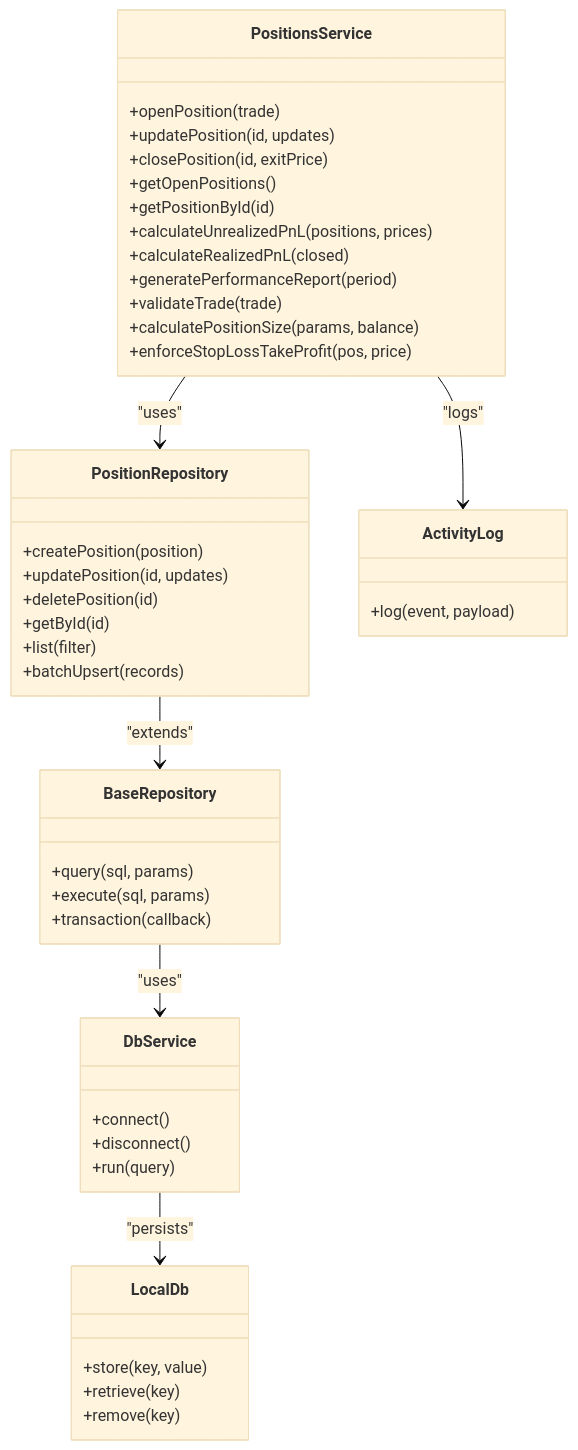
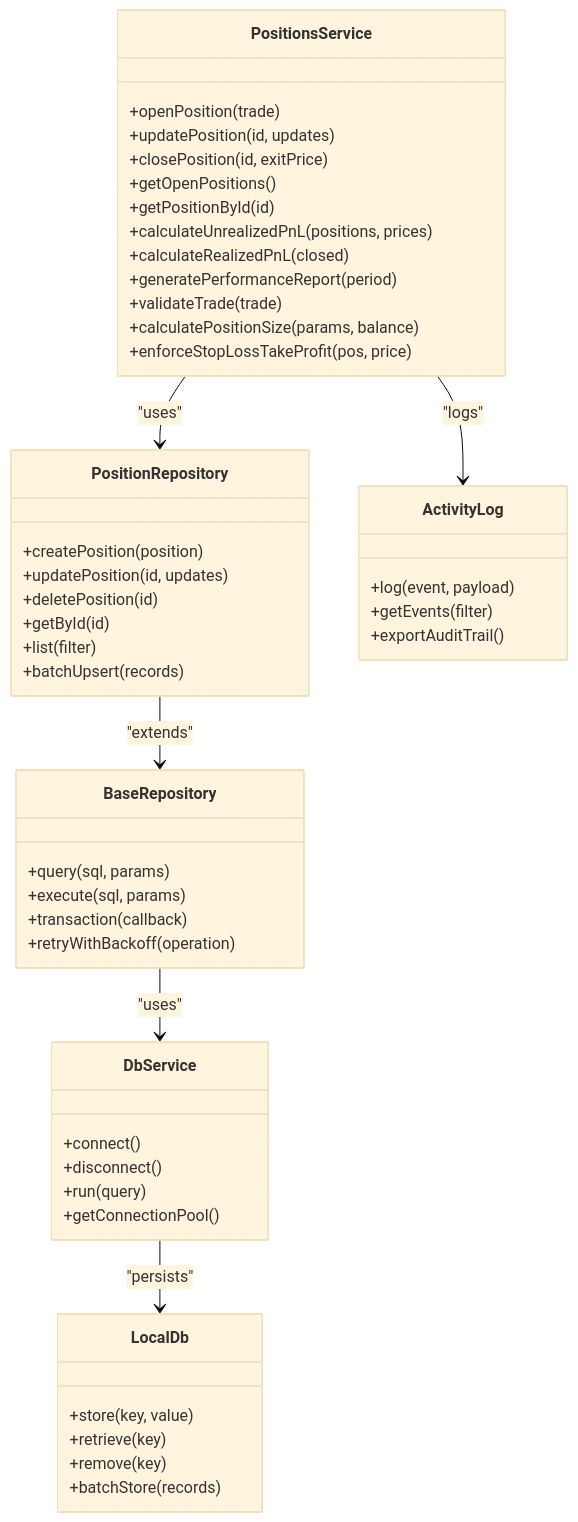
Before and after one commit to iliyas77/MTF-monitor: the third of 3 diagrams in .qoder/repowiki/en/content/API Reference/Service Layer API/Positions Service API.md, drawn with Mermaid (base theme). The commit also changed other lines of this file and 46 other files, not shown here.

````diff
--- a/.qoder/repowiki/en/content/API Reference/Service Layer API/Positions Service API.md
+++ b/.qoder/repowiki/en/content/API Reference/Service Layer API/Positions Service API.md
@@ -249,47 +269,52 @@
 ```mermaid
 classDiagram
 class PositionsService {
 +openPosition(trade)
 +updatePosition(id, updates)
 +closePosition(id, exitPrice)
 +getOpenPositions()
 +getPositionById(id)
 +calculateUnrealizedPnL(positions, prices)
 +calculateRealizedPnL(closed)
 +generatePerformanceReport(period)
 +validateTrade(trade)
 +calculatePositionSize(params, balance)
 +enforceStopLossTakeProfit(pos, price)
 }
 class PositionRepository {
 +createPosition(position)
 +updatePosition(id, updates)
 +deletePosition(id)
 +getById(id)
 +list(filter)
 +batchUpsert(records)
 }
 class BaseRepository {
 +query(sql, params)
 +execute(sql, params)
 +transaction(callback)
++retryWithBackoff(operation)
 }
 class DbService {
 +connect()
 +disconnect()
 +run(query)
++getConnectionPool()
 }
 class LocalDb {
 +store(key, value)
 +retrieve(key)
 +remove(key)
++batchStore(records)
 }
 class ActivityLog {
 +log(event, payload)
++getEvents(filter)
++exportAuditTrail()
 }
 PositionsService --> PositionRepository : "uses"
 PositionRepository --> BaseRepository : "extends"
 BaseRepository --> DbService : "uses"
 DbService --> LocalDb : "persists"
 PositionsService --> ActivityLog : "logs"
 ```
````
